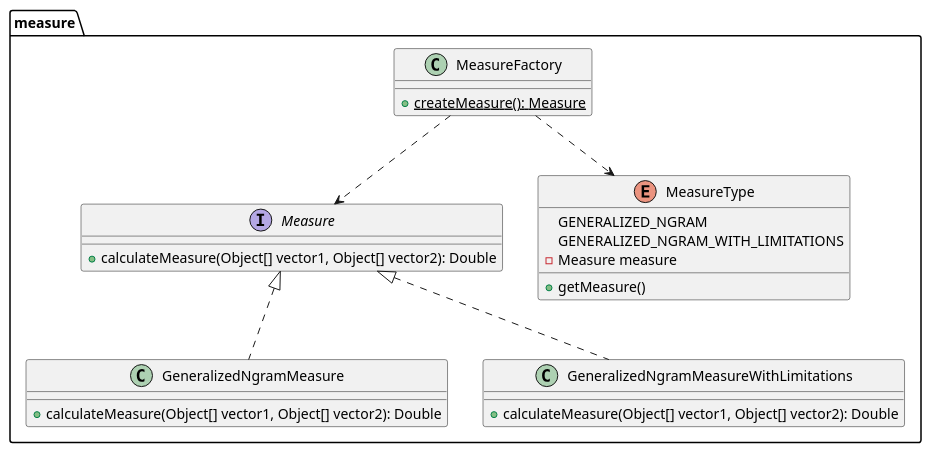
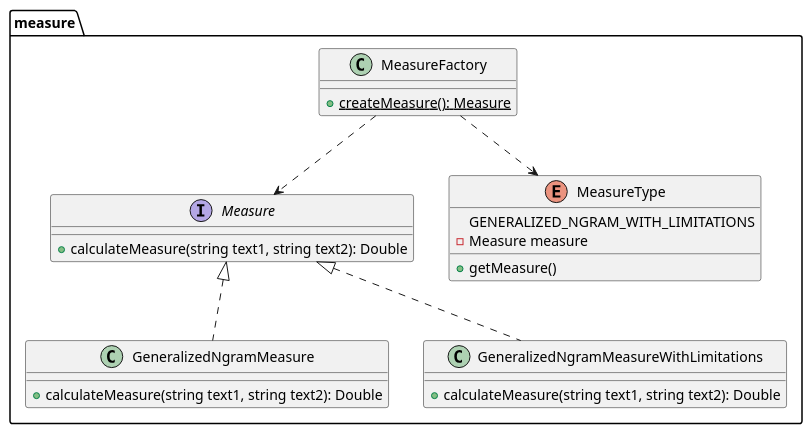
The sixth of 10 diagrams in README.md (kambed/Computer-Recognition-Systems), drawn with PlantUML before and after one commit. The commit also changed other lines of this file, not shown here.

````diff
--- a/README.md
+++ b/README.md
@@ -283,25 +283,24 @@
 ```plantuml
 package measure {
     interface Measure {
-        + calculateMeasure(Object[] vector1, Object[] vector2): Double
+        + calculateMeasure(string text1, string text2): Double
     }
     class GeneralizedNgramMeasure implements Measure {
-        + calculateMeasure(Object[] vector1, Object[] vector2): Double
+        + calculateMeasure(string text1, string text2): Double
     }
     class GeneralizedNgramMeasureWithLimitations implements Measure {
-        + calculateMeasure(Object[] vector1, Object[] vector2): Double
+        + calculateMeasure(string text1, string text2): Double
     }
     
     class MeasureFactory {
         + {static} createMeasure(): Measure
     }
     MeasureFactory ..> Measure
     MeasureFactory ..> MeasureType
     enum MeasureType {
-        GENERALIZED_NGRAM
         GENERALIZED_NGRAM_WITH_LIMITATIONS
         - Measure measure
         + getMeasure()
     }
 }
 ```
````
